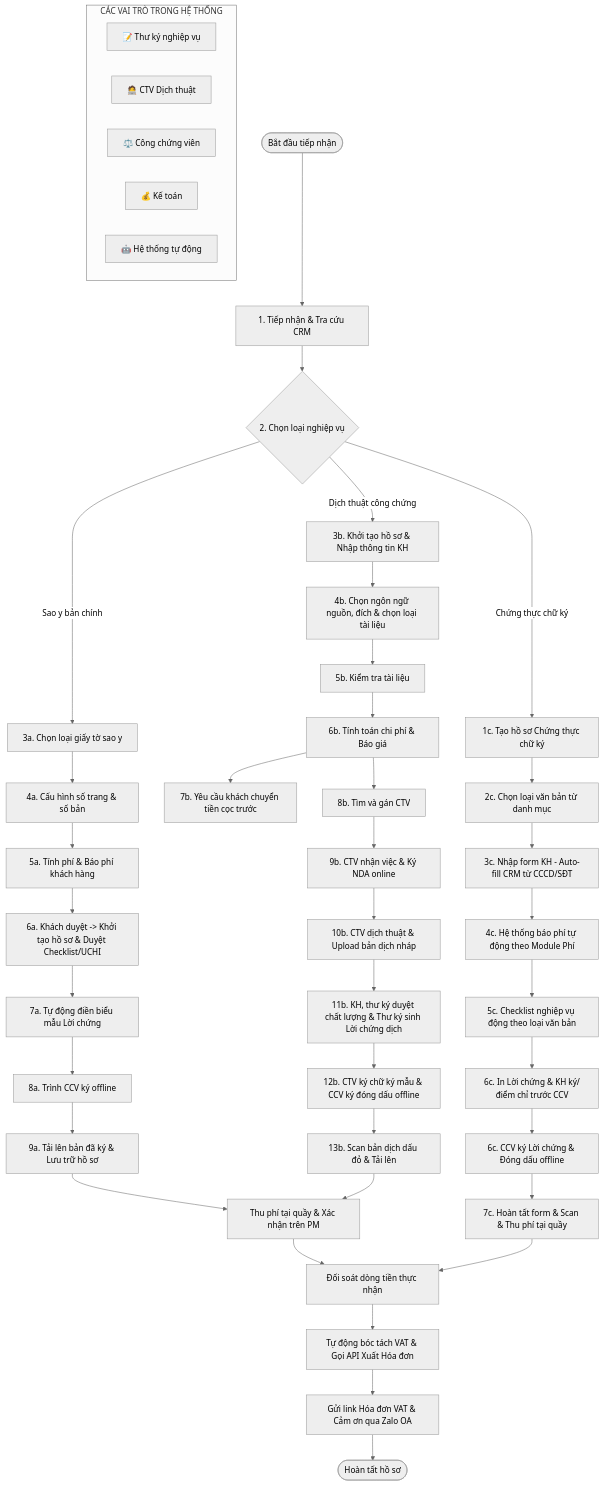
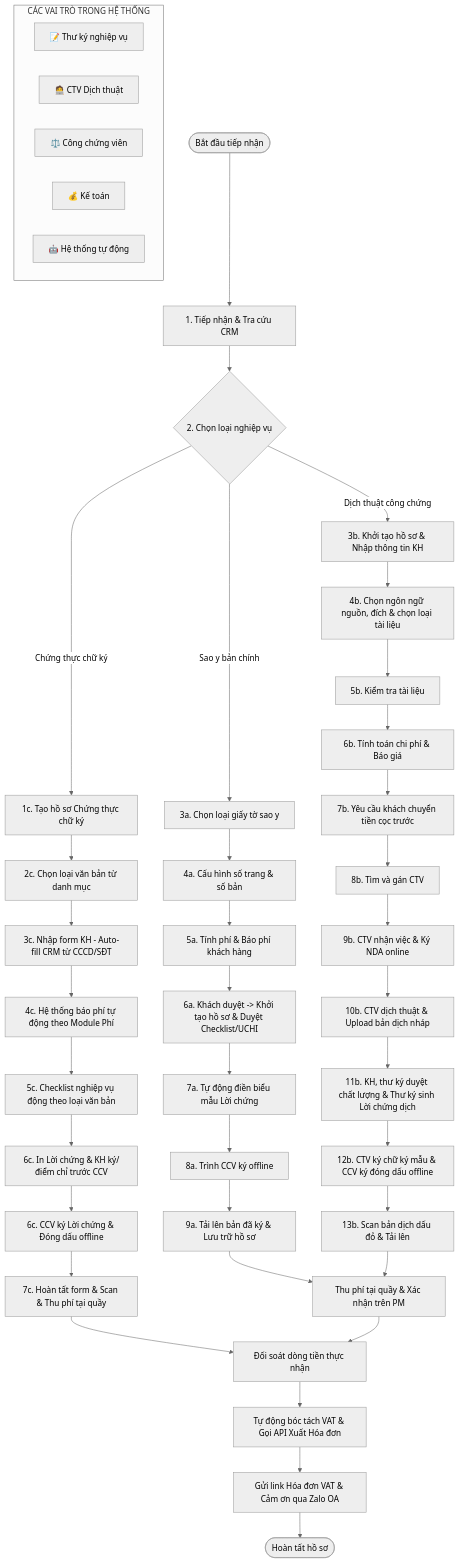
Before and after one commit to MinhHoang22/SRS_VPCC: the eighth of 8 diagrams in docs/SRS_VPCC.md, drawn with Mermaid (neutral theme). The commit also changed other lines of this file, not shown here.

````diff
--- a/docs/SRS_VPCC.md
+++ b/docs/SRS_VPCC.md
@@ -502,57 +502,57 @@
 ```mermaid
 flowchart TD
     subgraph Roles ["CÁC VAI TRÒ TRONG HỆ THỐNG"]
         direction LR
         R_Sec["📝 Thư ký nghiệp vụ"]
         R_CTV["🧑‍💻 CTV Dịch thuật"]
         R_CCV["⚖️ Công chứng viên"]
         R_Acc["💰 Kế toán"]
         R_Sys["🤖 Hệ thống tự động"]
     end
 
     %% General Workflow Sequence
     Start([Bắt đầu tiếp nhận]) --> Input[1. Tiếp nhận & Tra cứu CRM]
     Input --> ChooseBranch{2. Chọn loại nghiệp vụ}
 
     %% Branch 1: Sao y
     ChooseBranch -- Sao y bản chính --> SY_DocType[3a. Chọn loại giấy tờ sao y]
     SY_DocType --> SY_Config[4a. Cấu hình số trang & số bản]
     SY_Config --> SY_Calc[5a. Tính phí & Báo phí khách hàng]
     SY_Calc --> SY_Init[6a. Khách duyệt -> Khởi tạo hồ sơ & Duyệt Checklist/UCHI]
     SY_Init --> SY_Template[7a. Tự động điền biểu mẫu Lời chứng]
     SY_Template --> CCV_Sign_SY[8a. Trình CCV ký offline]
     CCV_Sign_SY --> SY_Scan[9a. Tải lên bản đã ký & Lưu trữ hồ sơ]
 
     %% Branch 2: Dịch thuật
     ChooseBranch -- Dịch thuật công chứng --> DT_Input[3b. Khởi tạo hồ sơ & Nhập thông tin KH]
     DT_Input --> DT_Config[4b. Chọn ngôn ngữ nguồn, đích & chọn loại tài liệu]
     DT_Config --> DT_CHECKLIST[5b. Kiểm tra tài liệu]
     DT_CHECKLIST --> DT_CALCULATE[6b. Tính toán chi phí & Báo giá]
     DT_CALCULATE --> DT_DEPOSIT[7b. Yêu cầu khách chuyển tiền cọc trước]
-    DT_CALCULATE --> DT_SEARCH[8b. Tìm và gán CTV]
+    DT_DEPOSIT --> DT_SEARCH[8b. Tìm và gán CTV]
     DT_SEARCH -->  DT_Assign[9b. CTV nhận việc & Ký NDA online]
     DT_Assign --> DT_Translate[10b. CTV dịch thuật & Upload bản dịch nháp]
     DT_Translate --> DT_Check[11b. KH, thư ký duyệt chất lượng & Thư ký sinh Lời chứng dịch]
     DT_Check --> CTV_Sign_DT[12b. CTV ký chữ ký mẫu & CCV ký đóng dấu offline]
     CTV_Sign_DT --> DT_Scan[13b. Scan bản dịch dấu đỏ & Tải lên]
 
     %% Branch 3: Chứng thực chữ ký (7 bước mới)
     ChooseBranch -- Chứng thực chữ ký --> CT_Create[1c. Tạo hồ sơ Chứng thực chữ ký]
     CT_Create --> CT_DocType[2c. Chọn loại văn bản từ danh mục]
     CT_DocType --> CT_CRM[3c. Nhập form KH - Auto-fill CRM từ CCCD/SĐT]
     CT_CRM --> CT_Fee[4c. Hệ thống báo phí tự động theo Module Phí]
     CT_Fee --> CT_Checklist[5c. Checklist nghiệp vụ động theo loại văn bản]
     CT_Checklist --> CT_Print[6c. In Lời chứng & KH ký/điểm chỉ trước CCV]
     CT_Print --> CCV_Sign_CT[6c. CCV ký Lời chứng & Đóng dấu offline]
     CCV_Sign_CT --> CT_Complete[7c. Hoàn tất form & Scan & Thu phí tại quầy]
 
     %% Common End Phase
     SY_Scan --> CollectFee[Thu phí tại quầy & Xác nhận trên PM]
     DT_Scan --> CollectFee
     CT_Complete --> AccReconcile
 
     CollectFee --> AccReconcile[Đối soát dòng tiền thực nhận]
     AccReconcile --> SysInvoice[Tự động bóc tách VAT & Gọi API Xuất Hóa đơn]
     SysInvoice --> ZaloSend[Gửi link Hóa đơn VAT & Cảm ơn qua Zalo OA]
     ZaloSend --> EndNode([Hoàn tất hồ sơ])
 ```
````
